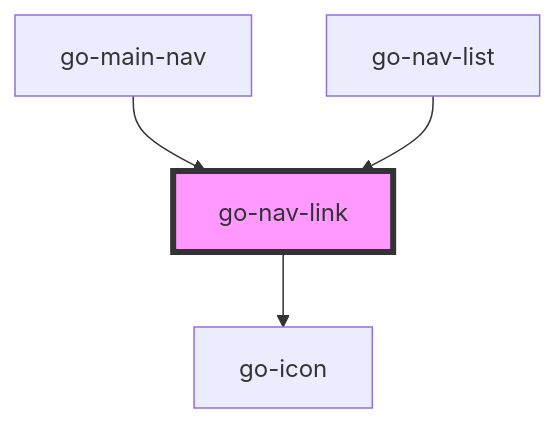
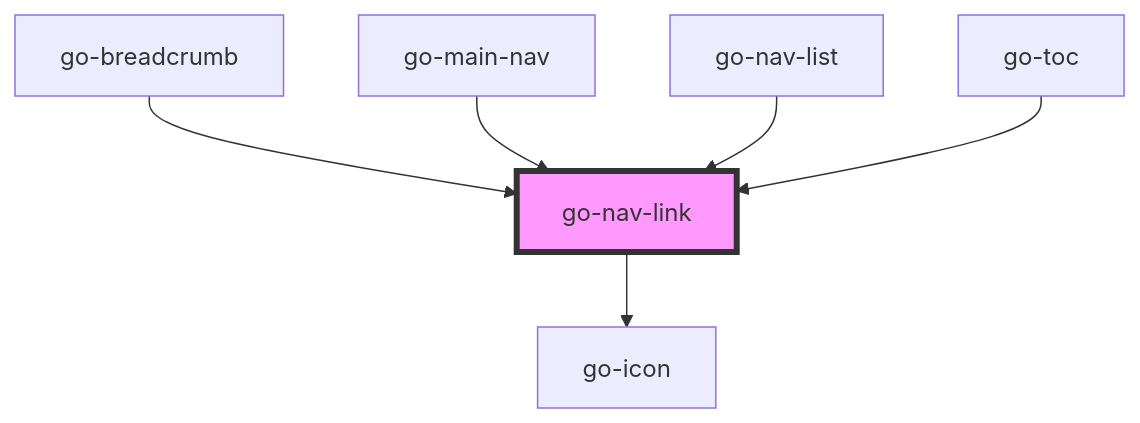
One commit to getgoui/go-ui changed the diagram in src/components/navigation/go-nav-link/readme.md. Above: the diagram before and after it, drawn with Mermaid. The commit also changed other lines of this file and 11 other files, not shown here.

````diff
--- a/src/components/navigation/go-nav-link/readme.md
+++ b/src/components/navigation/go-nav-link/readme.md
@@ -34,7 +36,9 @@
 ```mermaid
 graph TD;
   go-nav-link --> go-icon
+  go-breadcrumb --> go-nav-link
   go-main-nav --> go-nav-link
   go-nav-list --> go-nav-link
+  go-toc --> go-nav-link
   style go-nav-link fill:#f9f,stroke:#333,stroke-width:4px
 ```
````
